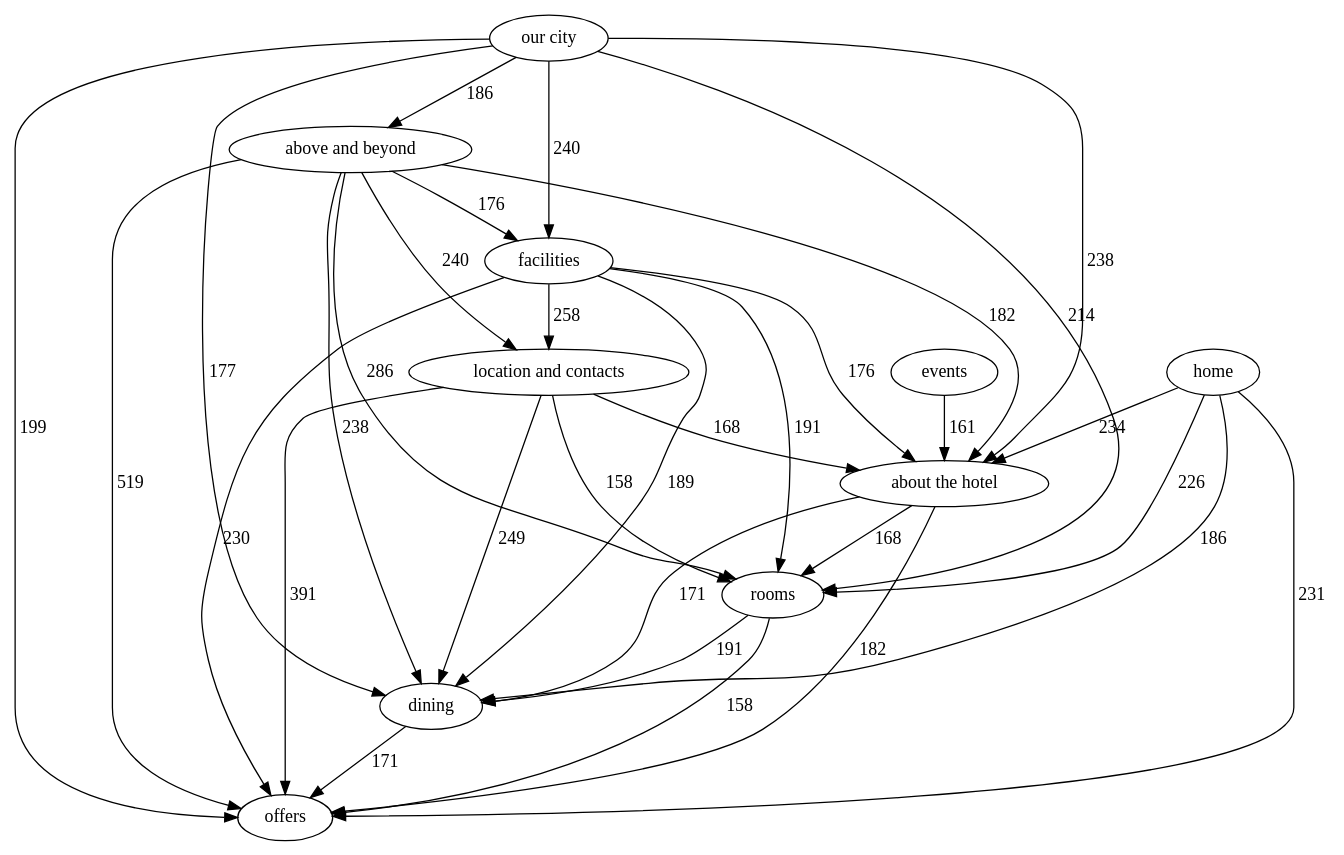
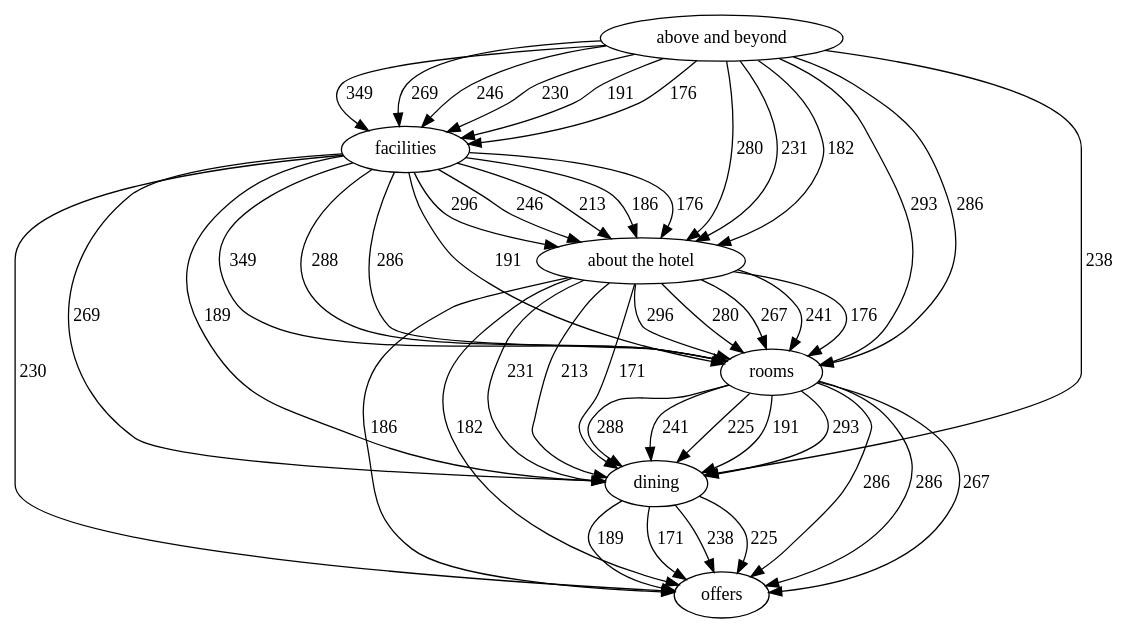
One commit to alexcu/sit742-a2-report changed the diagram in dot/pc_requests.dot. Above: the diagram before and after it, drawn with Graphviz. The commit also changed 17 other files, not shown here.

Commit message:
Update dot diagrams to percentile and support-curated

```diff
--- a/dot/pc_requests.dot
+++ b/dot/pc_requests.dot
@@ -1,45 +1,55 @@
-strict digraph "" {
+digraph "" {
 layout="dot";
+facilities;
+"about the hotel";
 dining;
-"about the hotel";
-home;
-facilities;
 offers;
 rooms;
-"our city";
 "above and beyond";
-"location and contacts";
-events;
-dining -> offers  [label=171, weight=171];
-"about the hotel" -> dining  [label=171, weight=171];
-"about the hotel" -> offers  [label=182, weight=182];
-"about the hotel" -> rooms  [label=168, weight=168];
-home -> dining  [label=186, weight=186];
-home -> offers  [label=231, weight=231];
-home -> rooms  [label=226, weight=226];
-home -> "about the hotel"  [label=234, weight=234];
-facilities -> dining  [label=189, weight=189];
-facilities -> offers  [label=230, weight=230];
-facilities -> "location and contacts"  [label=258, weight=258];
-facilities -> rooms  [label=191, weight=191];
-facilities -> "about the hotel"  [label=176, weight=176];
-rooms -> dining  [label=191, weight=191];
-rooms -> offers  [label=158, weight=158];
-"our city" -> dining  [label=177, weight=177];
-"our city" -> "about the hotel"  [label=238, weight=238];
-"our city" -> facilities  [label=240, weight=240];
-"our city" -> offers  [label=199, weight=199];
-"our city" -> rooms  [label=214, weight=214];
-"our city" -> "above and beyond"  [label=186, weight=186];
-"above and beyond" -> facilities  [label=176, weight=176];
-"above and beyond" -> "about the hotel"  [label=182, weight=182];
-"above and beyond" -> dining  [label=238, weight=238];
-"above and beyond" -> offers  [label=519, weight=519];
-"above and beyond" -> rooms  [label=286, weight=286];
-"above and beyond" -> "location and contacts"  [label=240, weight=240];
-"location and contacts" -> dining  [label=249, weight=249];
-"location and contacts" -> offers  [label=391, weight=391];
-"location and contacts" -> rooms  [label=158, weight=158];
-"location and contacts" -> "about the hotel"  [label=168, weight=168];
-events -> "about the hotel"  [label=161, weight=161];
+facilities -> dining  [key=0, label=269, weight=269];
+facilities -> dining  [key=1, label=189, weight=189];
+facilities -> offers  [key=0, label=230, weight=230];
+facilities -> rooms  [key=0, label=349, weight=349];
+facilities -> rooms  [key=1, label=288, weight=288];
+facilities -> rooms  [key=2, label=286, weight=286];
+facilities -> rooms  [key=3, label=191, weight=191];
+facilities -> "about the hotel"  [key=0, label=296, weight=296];
+facilities -> "about the hotel"  [key=1, label=246, weight=246];
+facilities -> "about the hotel"  [key=2, label=213, weight=213];
+facilities -> "about the hotel"  [key=3, label=186, weight=186];
+facilities -> "about the hotel"  [key=4, label=176, weight=176];
+"about the hotel" -> dining  [key=0, label=231, weight=231];
+"about the hotel" -> dining  [key=1, label=213, weight=213];
+"about the hotel" -> dining  [key=2, label=171, weight=171];
+"about the hotel" -> offers  [key=0, label=186, weight=186];
+"about the hotel" -> offers  [key=1, label=182, weight=182];
+"about the hotel" -> rooms  [key=0, label=296, weight=296];
+"about the hotel" -> rooms  [key=1, label=280, weight=280];
+"about the hotel" -> rooms  [key=2, label=267, weight=267];
+"about the hotel" -> rooms  [key=3, label=241, weight=241];
+"about the hotel" -> rooms  [key=4, label=176, weight=176];
+dining -> offers  [key=0, label=238, weight=238];
+dining -> offers  [key=1, label=225, weight=225];
+dining -> offers  [key=2, label=189, weight=189];
+dining -> offers  [key=3, label=171, weight=171];
+rooms -> dining  [key=0, label=293, weight=293];
+rooms -> dining  [key=1, label=288, weight=288];
+rooms -> dining  [key=2, label=241, weight=241];
+rooms -> dining  [key=3, label=225, weight=225];
+rooms -> dining  [key=4, label=191, weight=191];
+rooms -> offers  [key=0, label=286, weight=286];
+rooms -> offers  [key=1, label=286, weight=286];
+rooms -> offers  [key=2, label=267, weight=267];
+"above and beyond" -> dining  [key=0, label=238, weight=238];
+"above and beyond" -> facilities  [key=0, label=349, weight=349];
+"above and beyond" -> facilities  [key=1, label=269, weight=269];
+"above and beyond" -> facilities  [key=2, label=246, weight=246];
+"above and beyond" -> facilities  [key=3, label=230, weight=230];
+"above and beyond" -> facilities  [key=4, label=191, weight=191];
+"above and beyond" -> facilities  [key=5, label=176, weight=176];
+"above and beyond" -> rooms  [key=0, label=293, weight=293];
+"above and beyond" -> rooms  [key=1, label=286, weight=286];
+"above and beyond" -> "about the hotel"  [key=0, label=280, weight=280];
+"above and beyond" -> "about the hotel"  [key=1, label=231, weight=231];
+"above and beyond" -> "about the hotel"  [key=2, label=182, weight=182];
 }
```
